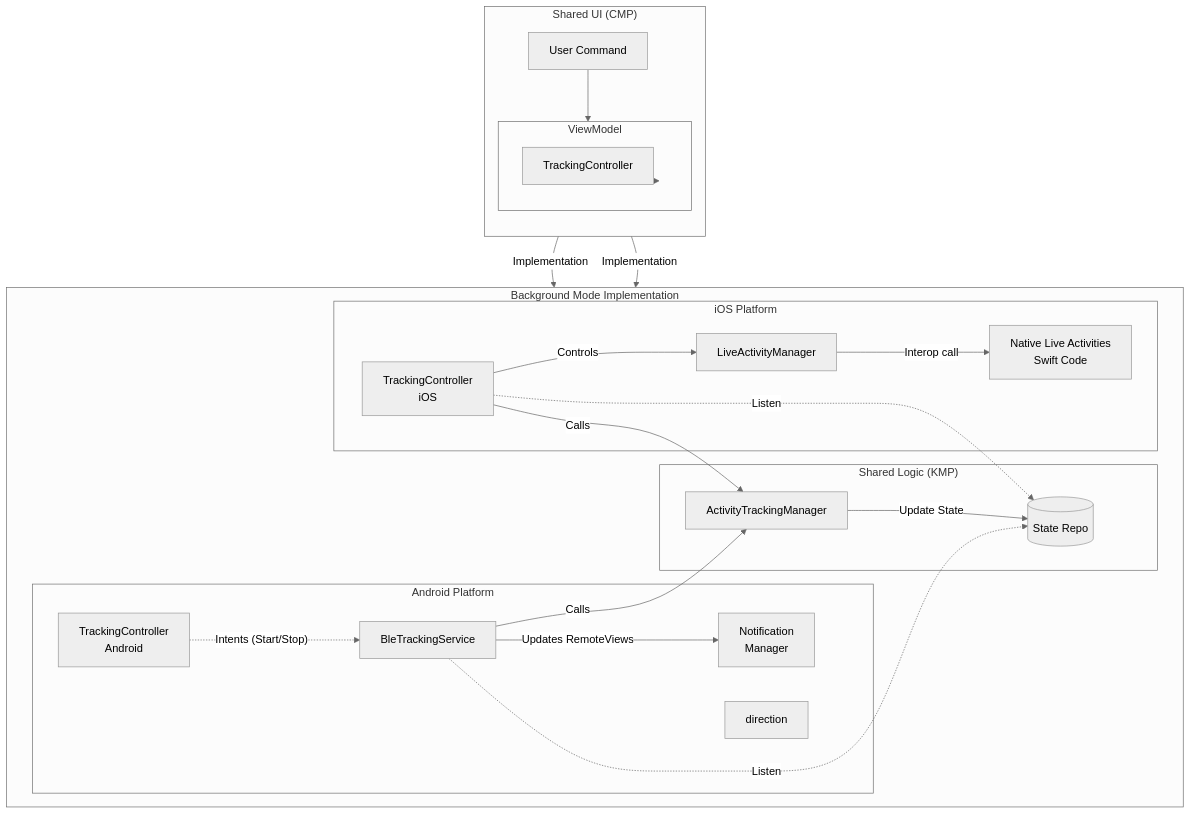
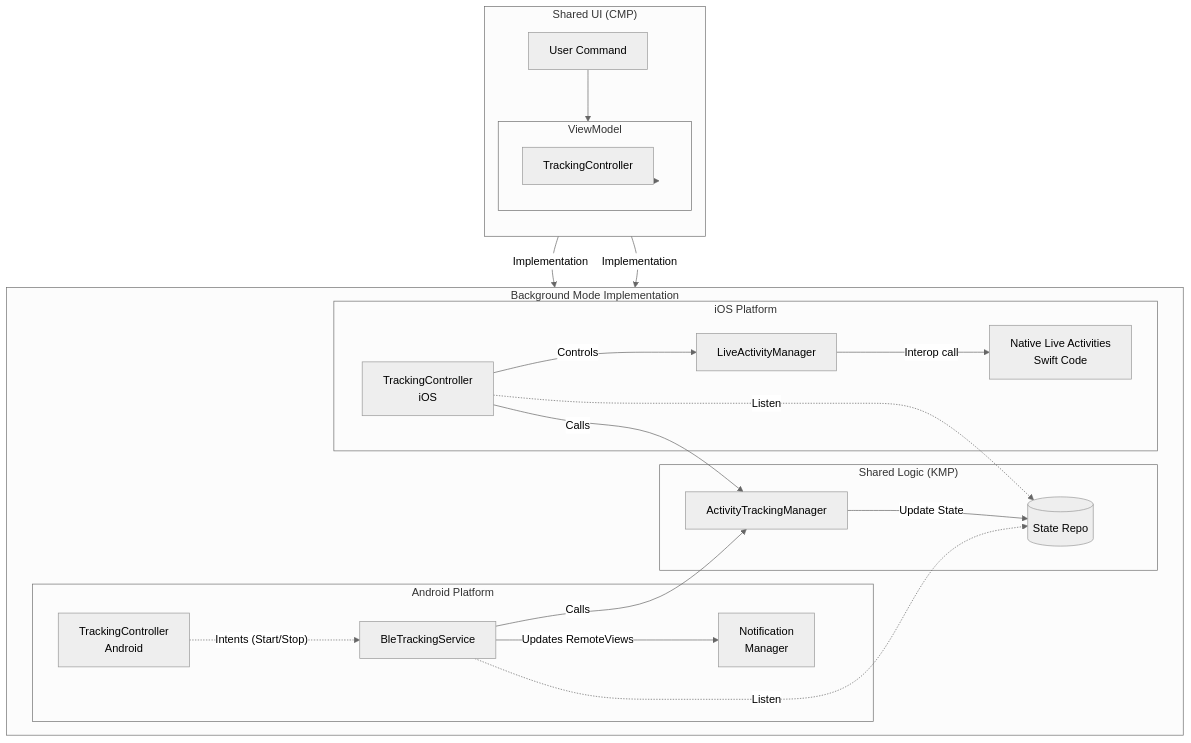
One commit to AnatoliiChub/HRAM changed the third of 3 diagrams in README.md. Above: the diagram before and after it, drawn with Mermaid (neutral theme). The commit also changed other lines of this file, not shown here.

````diff
--- a/README.md
+++ b/README.md
@@ -197,60 +197,57 @@
 ```mermaid
 
 flowchart TB
     %% Shared UI
     subgraph Shared CMP ["Shared UI (CMP)"]
         direction TB
         UI[User Command]
         subgraph VM[ViewModel]
             TC_Shared[TrackingController]
         end
 
         VM --> TC_Shared
         UI --> VM
     end
       
     %% Background Mode
     subgraph BG[Background Mode Implementation]
         direction LR
         %% Android Platform
         subgraph Android ["Android Platform"]
-            direction 
             TC_And[TrackingController <br> Android]
             Service[BleTrackingService]
               Notif[Notification <br> Manager]
           
             Service -- "Updates RemoteViews" --> Notif
         end
 
         %% Shared KMP
         subgraph Shared ["Shared Logic (KMP)"]
-            direction 
             VM[ViewModel]
             TC_Shared[TrackingController]
             ATM[ActivityTrackingManager]
             Repos[(State Repo)]
 
             ATM -- "Update State" --> Repos
         end
 
         %% iOS Platform
         subgraph iOS ["iOS Platform"]
-            direction 
             LAM[LiveActivityManager]
             LA[Native Live Activities <br> Swift Code]
             TC_iOS[TrackingController <br> iOS]
 
             TC_iOS -- "Controls" --> LAM
             LAM -- "Interop call" --> LA
         end
     end
 
     %% Cross-layer connections
     TC_Shared -- "Implementation" --> TC_And
     TC_Shared -- "Implementation" --> TC_iOS
     Service -- "Calls" --> ATM
     TC_iOS -- "Calls" --> ATM
     Service -. "Listen" .-> Repos
     TC_iOS -. "Listen" .-> Repos
     TC_And -. "Intents (Start/Stop)" .-> Service
 ```
````
